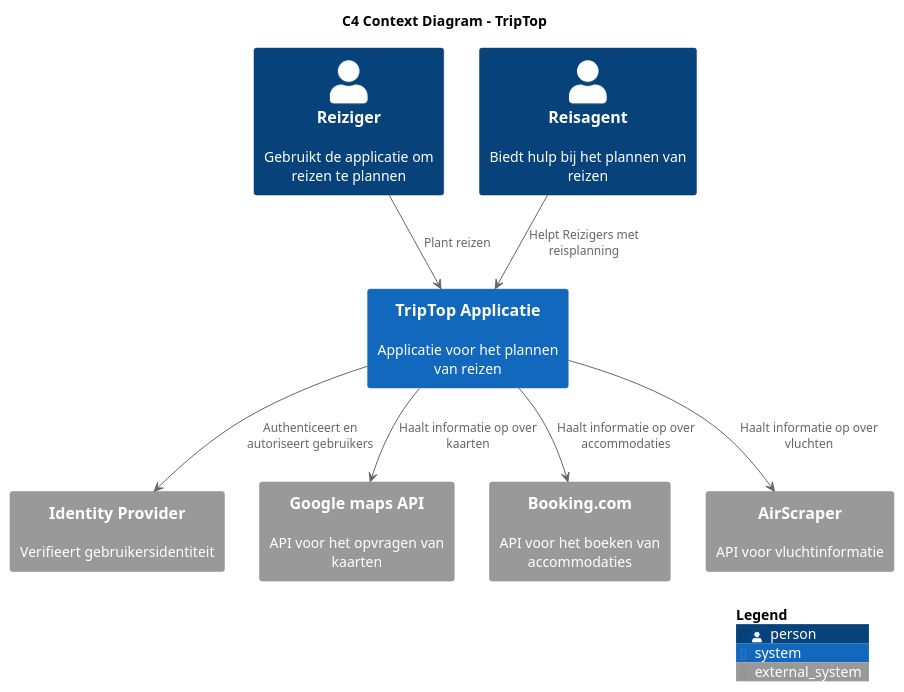
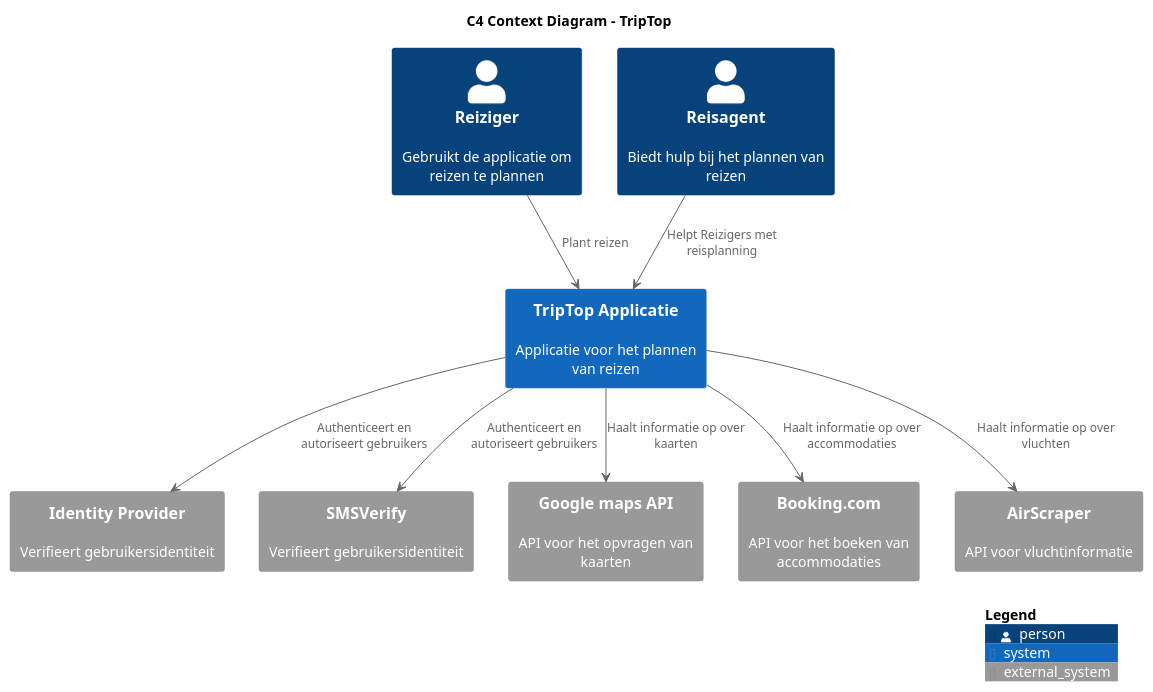
Before and after one commit to AIM-ENE-feb25/triptop-groep-b4: the diagram in C4_diagrammen/Context_diagram_TripTop_group_B4.puml, drawn with PlantUML. The commit also changed 6 other files, not shown here.

Commit message:
Add SMS verify to C4 diagrams

```diff
--- a/C4_diagrammen/Context_diagram_TripTop_group_B4.puml
+++ b/C4_diagrammen/Context_diagram_TripTop_group_B4.puml
@@ -1,28 +1,30 @@
 @startuml
 !include https://raw.githubusercontent.com/plantuml-stdlib/C4-PlantUML/master/C4_Context.puml
 !include <C4/C4_Container>
 
 title C4 Context Diagram - TripTop
 
 AddElementTag("true")
 
 Person(Reiziger, "Reiziger", "Gebruikt de applicatie om reizen te plannen")
 Person(ReisAgent, "Reisagent", "Biedt hulp bij het plannen van reizen")
 
 System(TripTop, "TripTop Applicatie", "Applicatie voor het plannen van reizen")
 
 System_Ext(IdentityProvider, "Identity Provider", "Verifieert gebruikersidentiteit")
+System_Ext(SMSVerify, "SMSVerify", "Verifieert gebruikersidentiteit")
 System_Ext(Google_maps_api, "Google maps API", "API voor het opvragen van kaarten")
 System_Ext(Booking, "Booking.com", "API voor het boeken van accommodaties")
 System_Ext(AirScraper, "AirScraper", "API voor vluchtinformatie")
 
 Reiziger --> TripTop : "Plant reizen"
 ReisAgent --> TripTop : "Helpt Reizigers met reisplanning"
 
 TripTop --> IdentityProvider : "Authenticeert en autoriseert gebruikers"
+TripTop --> SMSVerify : "Authenticeert en autoriseert gebruikers"
 TripTop --> Google_maps_api : "Haalt informatie op over kaarten"
 TripTop --> Booking : "Haalt informatie op over accommodaties"
 TripTop --> AirScraper : "Haalt informatie op over vluchten"
 
 SHOW_LEGEND(true)
 @enduml
```
